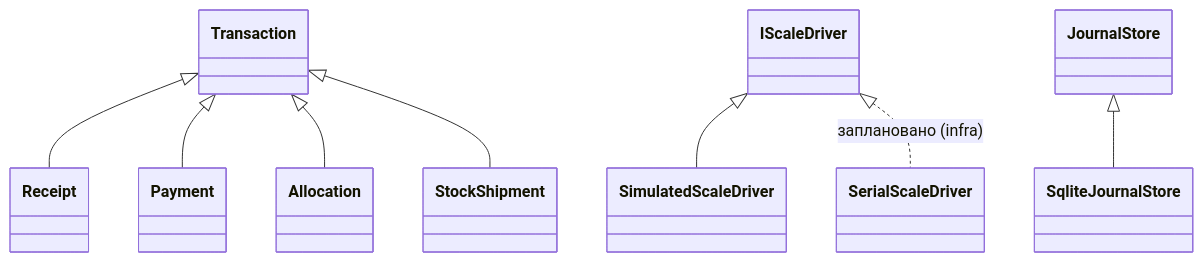
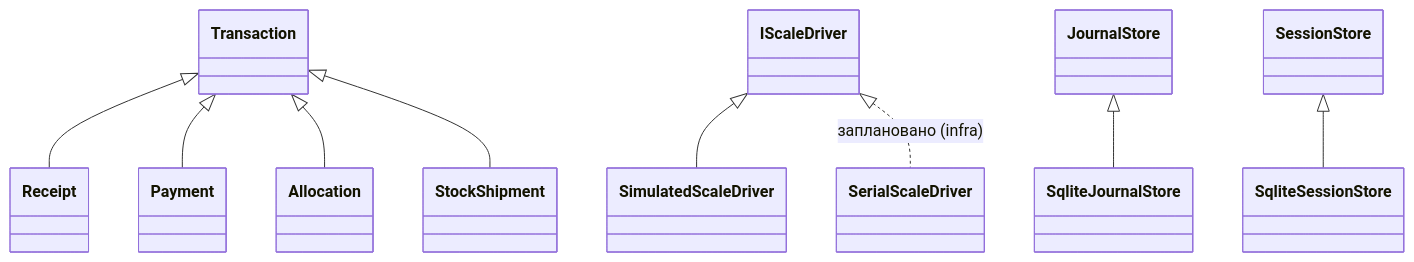
Before and after one commit to IsNazarii/Berry-WMS-Terminal: the diagram in docs/course_mapping.md, drawn with Mermaid. The commit also changed other lines of this file and 13 other files, not shown here.

First line of the commit message:
Infra: SQLite session store

````diff
--- a/docs/course_mapping.md
+++ b/docs/course_mapping.md
@@ -38,10 +38,11 @@
 ```mermaid
 classDiagram
     Transaction <|-- Receipt
     Transaction <|-- Payment
     Transaction <|-- Allocation
     Transaction <|-- StockShipment
     IScaleDriver <|-- SimulatedScaleDriver
     IScaleDriver <|.. SerialScaleDriver : заплановано (infra)
     JournalStore <|-- SqliteJournalStore
+    SessionStore <|-- SqliteSessionStore
 ```
````
